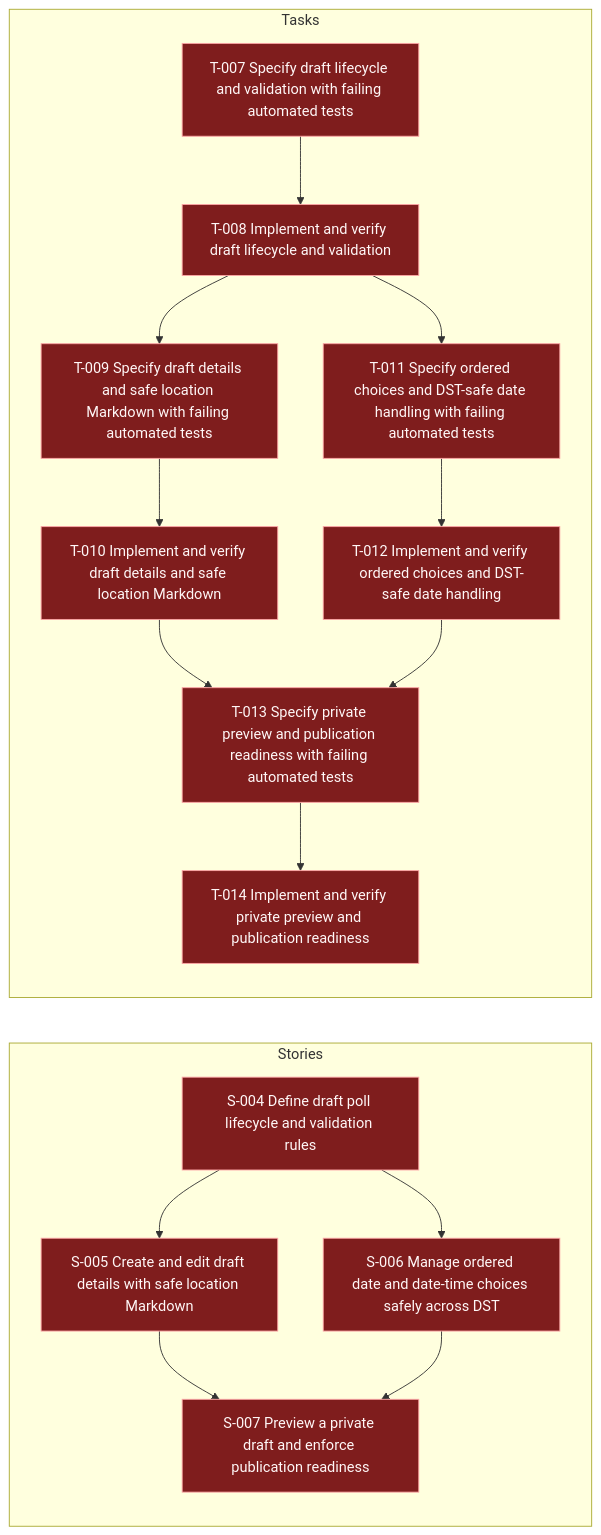
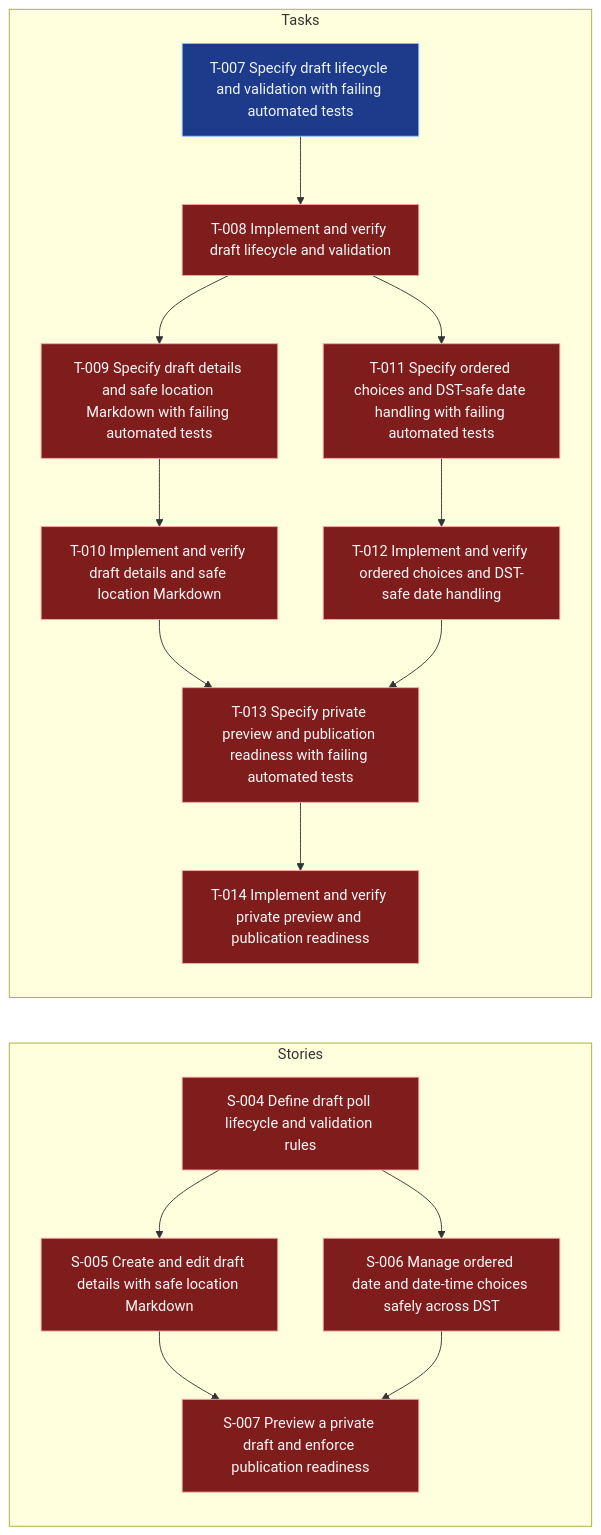
Before and after one commit to andybalham/invite-agent: the diagram in .worktracker/graphs/E-002.mmd, drawn with Mermaid. The commit also changed 30 other files, not shown here.

```diff
--- a/.worktracker/graphs/E-002.mmd
+++ b/.worktracker/graphs/E-002.mmd
@@ -1,46 +1,46 @@
 graph LR
   classDef done fill:#14532d,stroke:#86efac,color:#f0fdf4;
   classDef blocked fill:#7f1d1d,stroke:#fca5a5,color:#fff7f7;
   classDef inprogress fill:#78350f,stroke:#fbbf24,color:#fffbeb;
   classDef todo fill:#1e3a8a,stroke:#93c5fd,color:#eff6ff;
   classDef empty fill:#374151,stroke:#d1d5db,color:#f9fafb,stroke-dasharray: 3 3;
   subgraph Stories
     S004["S-004 Define draft poll lifecycle and validation rules"]:::blocked
     S005["S-005 Create and edit draft details with safe location Markdown"]:::blocked
     S006["S-006 Manage ordered date and date-time choices safely across DST"]:::blocked
     S007["S-007 Preview a private draft and enforce publication readiness"]:::blocked
     S004 --> S005
     S004 --> S006
     S005 --> S007
     S006 --> S007
   end
   subgraph Tasks
-    T007["T-007 Specify draft lifecycle and validation with failing automated tests"]:::blocked
+    T007["T-007 Specify draft lifecycle and validation with failing automated tests"]:::todo
     T008["T-008 Implement and verify draft lifecycle and validation"]:::blocked
     T009["T-009 Specify draft details and safe location Markdown with failing automated tests"]:::blocked
     T010["T-010 Implement and verify draft details and safe location Markdown"]:::blocked
     T011["T-011 Specify ordered choices and DST-safe date handling with failing automated tests"]:::blocked
     T012["T-012 Implement and verify ordered choices and DST-safe date handling"]:::blocked
     T013["T-013 Specify private preview and publication readiness with failing automated tests"]:::blocked
     T014["T-014 Implement and verify private preview and publication readiness"]:::blocked
     T007 --> T008
     T008 --> T009
     T008 --> T011
     T009 --> T010
     T010 --> T013
     T011 --> T012
     T012 --> T013
     T013 --> T014
   end
   click S004 "../entities/S-004-define-draft-poll-lifecycle-and-validation-rules.md"
   click S005 "../entities/S-005-create-and-edit-draft-details-with-safe-location-markdown.md"
   click S006 "../entities/S-006-manage-ordered-date-and-date-time-choices-safely-across-dst.md"
   click S007 "../entities/S-007-preview-a-private-draft-and-enforce-publication-readiness.md"
   click T007 "../entities/T-007-specify-draft-lifecycle-and-validation-with-failing-automated-tests.md"
   click T008 "../entities/T-008-implement-and-verify-draft-lifecycle-and-validation.md"
   click T009 "../entities/T-009-specify-draft-details-and-safe-location-markdown-with-failing-automated-tests.md"
   click T010 "../entities/T-010-implement-and-verify-draft-details-and-safe-location-markdown.md"
   click T011 "../entities/T-011-specify-ordered-choices-and-dst-safe-date-handling-with-failing-automated-tests.md"
   click T012 "../entities/T-012-implement-and-verify-ordered-choices-and-dst-safe-date-handling.md"
   click T013 "../entities/T-013-specify-private-preview-and-publication-readiness-with-failing-automated-tests.md"
   click T014 "../entities/T-014-implement-and-verify-private-preview-and-publication-readiness.md"
```
